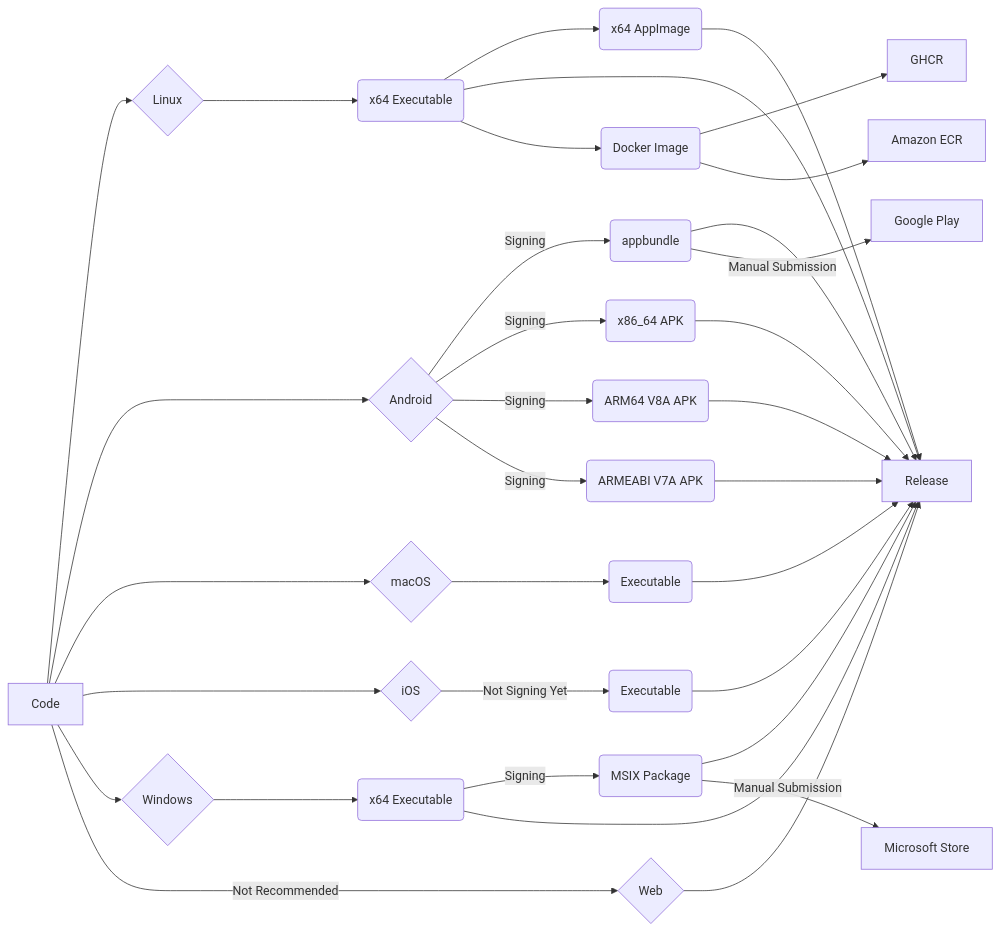
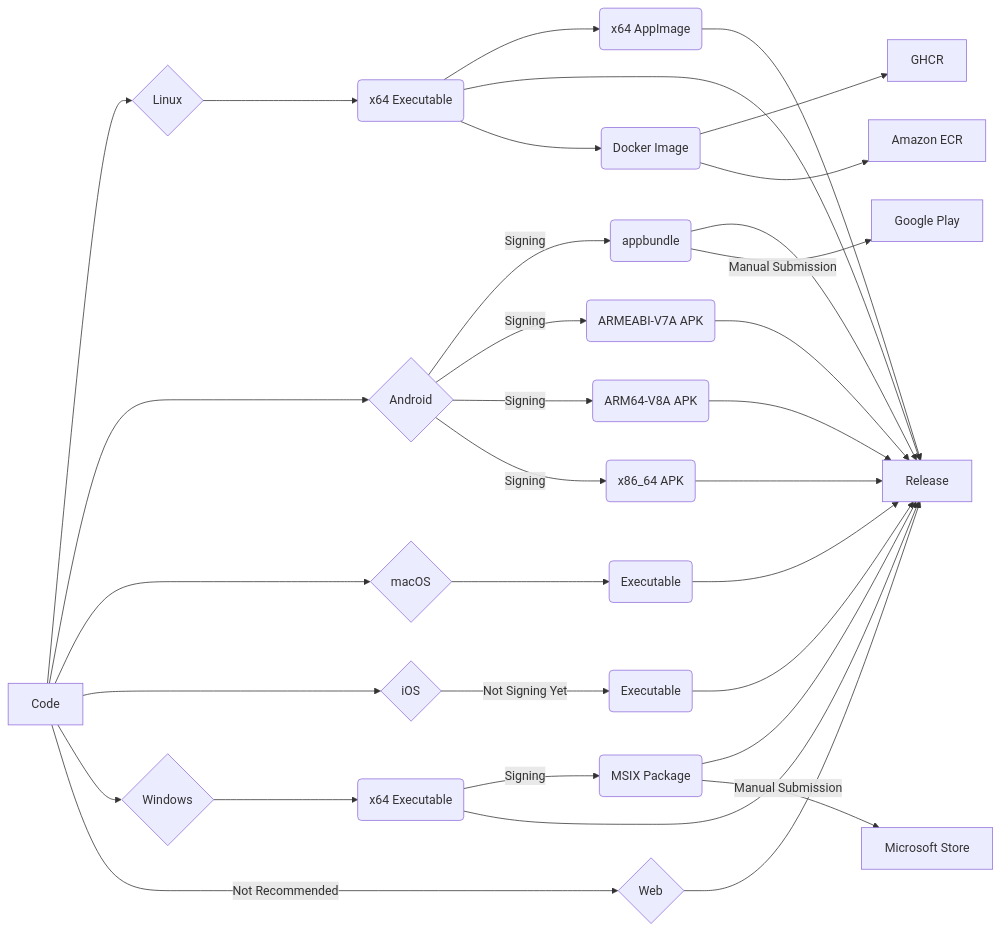
One commit to bitscoper/bitscoper_cyberkit changed the diagram in README.md. Above: the diagram before and after it, drawn with Mermaid. The commit also changed other lines of this file, not shown here.

````diff
--- a/README.md
+++ b/README.md
@@ -44,44 +44,44 @@
 ```mermaid
 flowchart LR
 
 Code[Code] --> Linux{Linux}
 Linux --> Linux_x64_Executable(x64 Executable)
 Linux_x64_Executable --> Linux_x64_AppImage(x64 AppImage)
 
 Code --> Android{Android}
 Android --> |Signing| Android_appbundle(appbundle)
+Android --> |Signing| Android_ARMEABI_V7A_APK(ARMEABI-V7A APK)
+Android --> |Signing| Android_ARM64_V8A_APK(ARM64-V8A APK)
 Android --> |Signing| Android_x86_64_APK(x86_64 APK)
-Android --> |Signing| Android_ARM64_V8A_APK(ARM64 V8A APK)
-Android --> |Signing| Android_ARMEABI_V7A_APK(ARMEABI V7A APK)
 
 Code --> macOS{macOS}
 macOS --> macOS_Executable(Executable)
 
 Code --> iOS{iOS}
 iOS --> |Not Signing Yet| iOS_Executable(Executable)
 
 Code --> Windows{Windows}
 Windows --> Windows_x64_Executable(x64 Executable)
 Windows_x64_Executable --> |Signing| Windows_x64_MSIX_Package(MSIX Package)
 
 Code --> |Not Recommended| Web{Web}
 
 Linux_x64_Executable --> Release[Release]
 Linux_x64_AppImage --> Release[Release]
 Android_appbundle --> Release[Release]
 Android_x86_64_APK --> Release[Release]
 Android_ARM64_V8A_APK --> Release[Release]
 Android_ARMEABI_V7A_APK --> Release[Release]
 macOS_Executable --> Release[Release]
 iOS_Executable --> Release[Release]
 Windows_x64_Executable --> Release[Release]
 Windows_x64_MSIX_Package --> Release[Release]
 Web --> Release[Release]
 
 Linux_x64_Executable --> Docker_Image(Docker Image)
 Docker_Image --> GHCR[GHCR]
 Docker_Image --> Amazon_ECR[Amazon ECR]
 
 Android_appbundle --> |Manual Submission| Google_Play[Google Play]
 Windows_x64_MSIX_Package --> |Manual Submission| Microsoft_Store[Microsoft Store]
 ```
````
